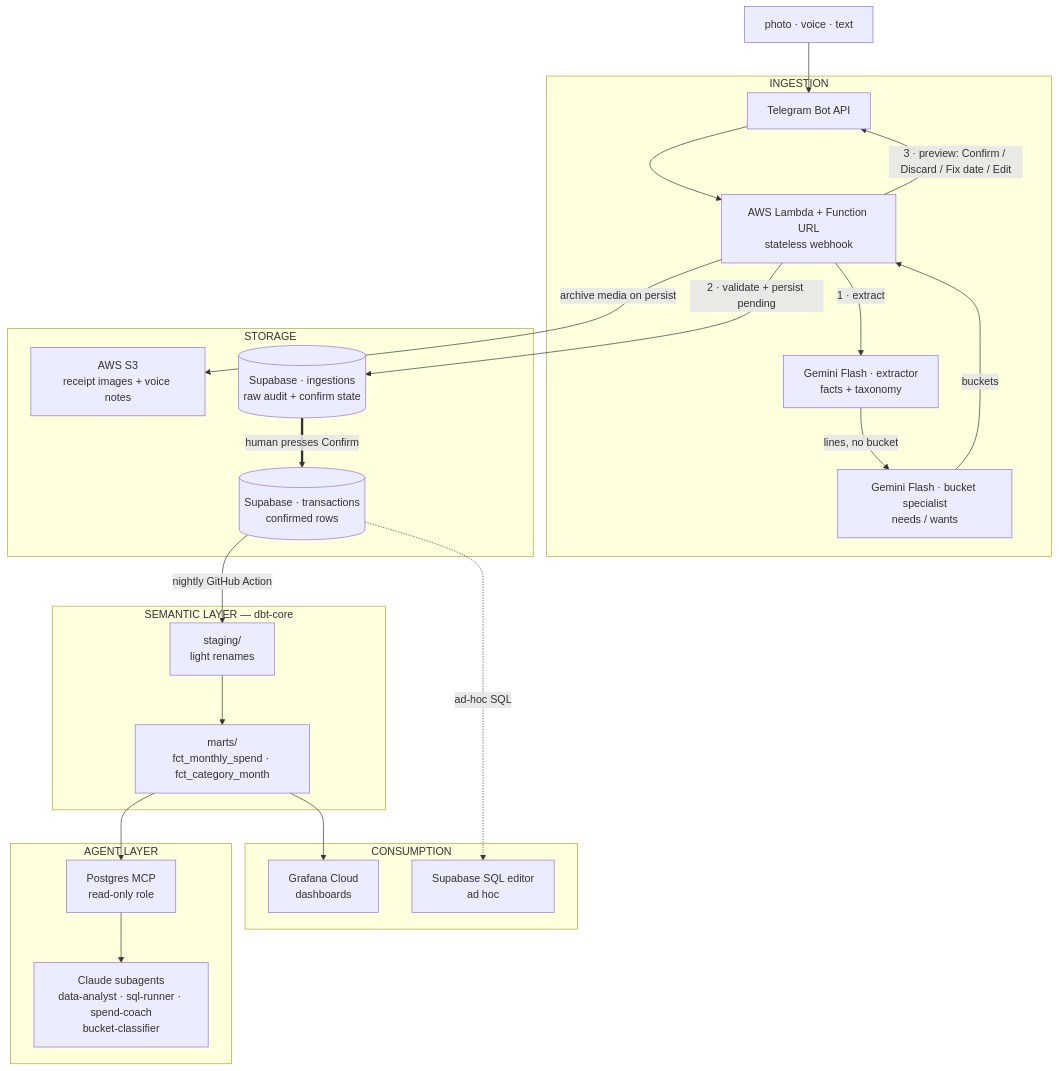
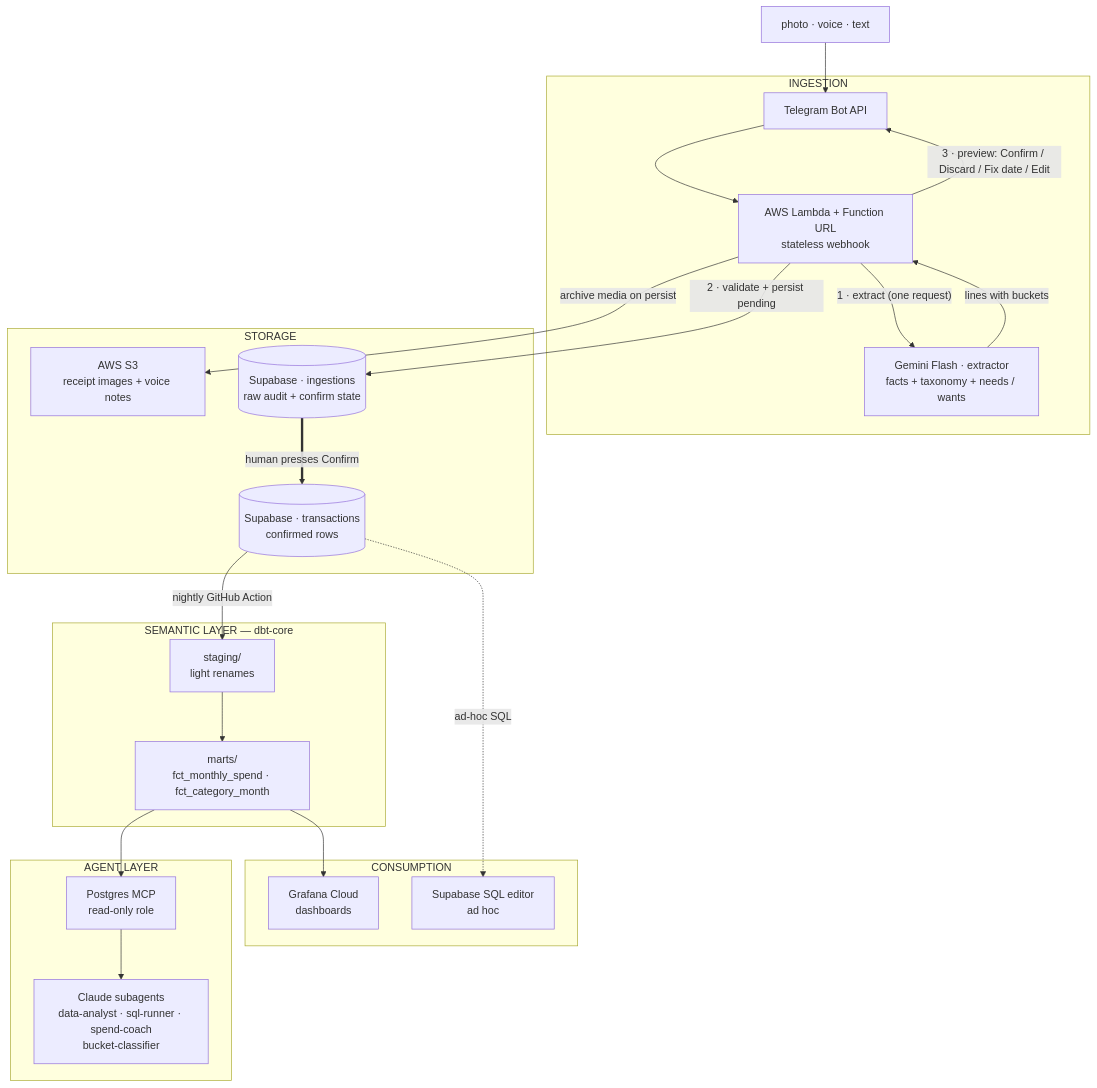
One commit to rafachan3/finflow changed the diagram in docs/ARCHITECTURE.md. Above: the diagram before and after it, drawn with Mermaid. The commit also changed other lines of this file and 12 other files, not shown here.

First line of the commit message:
feat(gemini): send one request per message, buckets included (#38)

````diff
--- a/docs/ARCHITECTURE.md
+++ b/docs/ARCHITECTURE.md
@@ -5,47 +5,45 @@
 ```mermaid
 flowchart TD
     SRC["photo · voice · text"]
 
     subgraph ING["INGESTION"]
         TG["Telegram Bot API"]
         LM["AWS Lambda + Function URL<br/>stateless webhook"]
-        EX["Gemini Flash · extractor<br/>facts + taxonomy"]
-        BK["Gemini Flash · bucket specialist<br/>needs / wants"]
+        EX["Gemini Flash · extractor<br/>facts + taxonomy + needs / wants"]
     end
 
     subgraph STO["STORAGE"]
         S3["AWS S3<br/>receipt images + voice notes"]
         RAW[("Supabase · ingestions<br/>raw audit + confirm state")]
         TX[("Supabase · transactions<br/>confirmed rows")]
     end
 
     subgraph SEM["SEMANTIC LAYER — dbt-core"]
         STG["staging/<br/>light renames"]
         MRT["marts/<br/>fct_monthly_spend · fct_category_month"]
     end
 
     subgraph OUT["CONSUMPTION"]
         GRF["Grafana Cloud<br/>dashboards"]
         SQL["Supabase SQL editor<br/>ad hoc"]
     end
 
     subgraph AGT["AGENT LAYER"]
         MCP["Postgres MCP<br/>read-only role"]
         SUB["Claude subagents<br/>data-analyst · sql-runner · spend-coach<br/>bucket-classifier"]
     end
 
     SRC --> TG --> LM
-    LM -->|"1 · extract"| EX
-    EX -->|"lines, no bucket"| BK
-    BK -->|"buckets"| LM
+    LM -->|"1 · extract (one request)"| EX
+    EX -->|"lines with buckets"| LM
     LM -->|"2 · validate + persist pending"| RAW
     LM -->|"archive media on persist"| S3
     LM -->|"3 · preview: Confirm / Discard / Fix date / Edit"| TG
     RAW ==>|"human presses Confirm"| TX
     TX -->|"nightly GitHub Action"| STG
     STG --> MRT
     MRT --> GRF
     MRT --> MCP
     MCP --> SUB
     TX -.->|"ad-hoc SQL"| SQL
 ```
````
